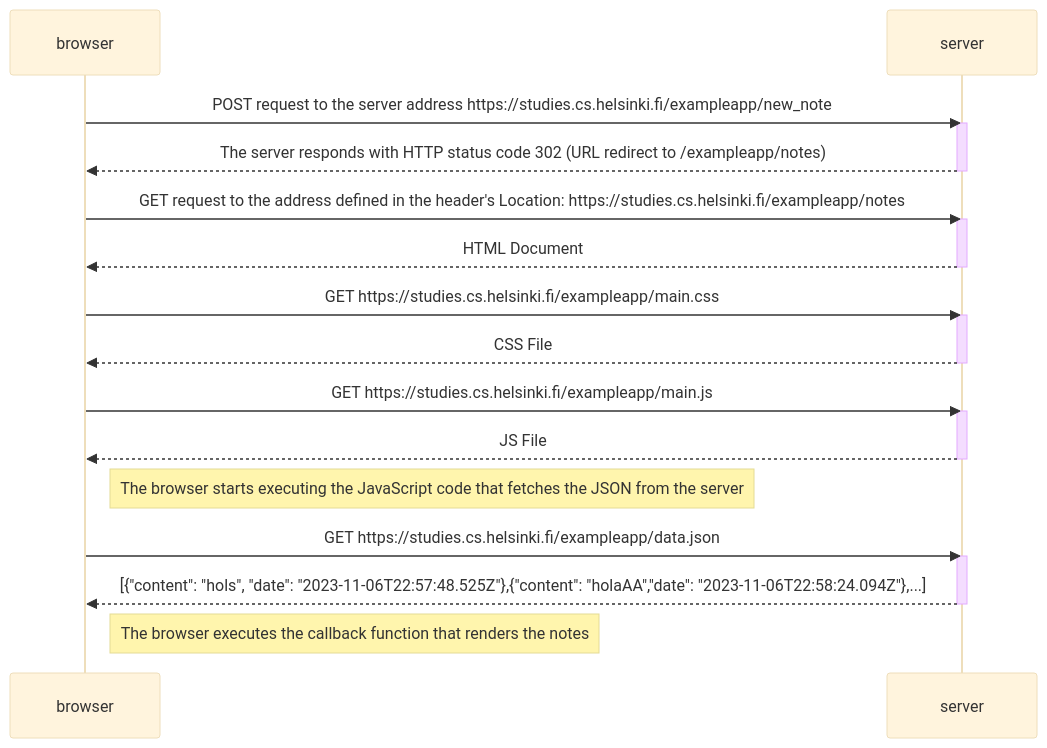
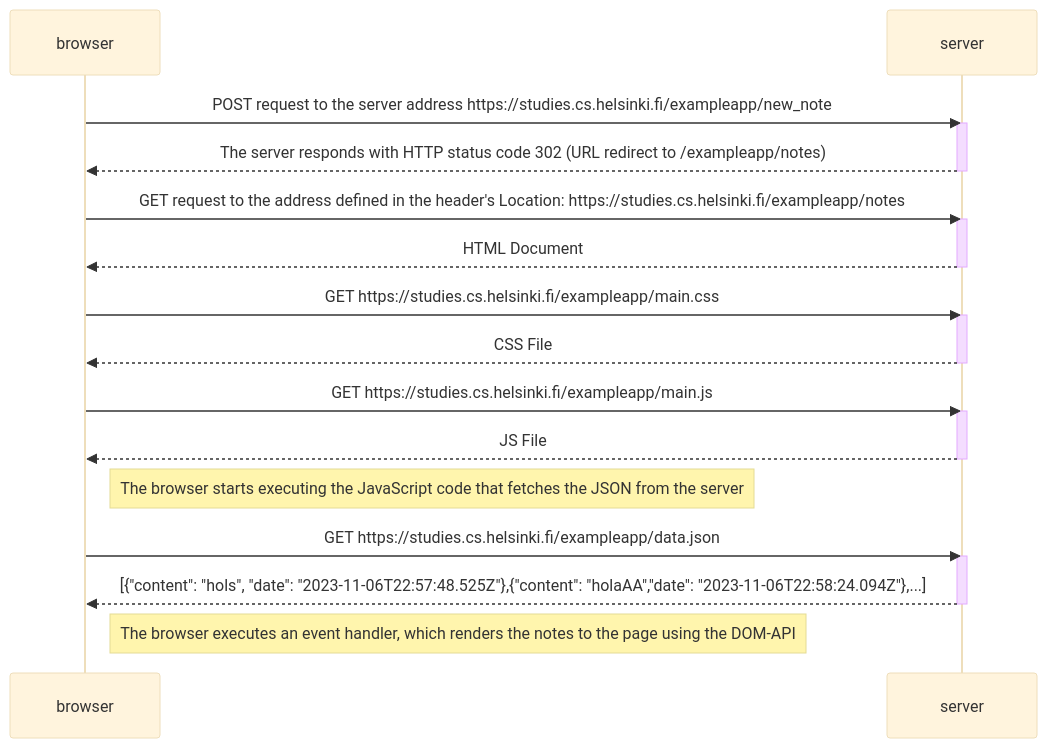
The diagram in part0/0.4 New note diagram.md (Rizz071/Fullstackopen), drawn with Mermaid (base theme) before and after one commit.

Commit message:
Update 0.4 New note diagram.md

````diff
--- a/part0/0.4 New note diagram.md
+++ b/part0/0.4 New note diagram.md
@@ -1,33 +1,33 @@
 ```mermaid
 sequenceDiagram
     participant browser
     participant server
 
     browser->>server: POST request to the server address https://studies.cs.helsinki.fi/exampleapp/new_note
     activate server
     server-->>browser: The server responds with HTTP status code 302 (URL redirect to /exampleapp/notes)
     deactivate server
 
     browser->>server: GET request to the address defined in the header's Location: https://studies.cs.helsinki.fi/exampleapp/notes
     activate server
     server-->>browser: HTML Document
     deactivate server
 
     browser->>server: GET https://studies.cs.helsinki.fi/exampleapp/main.css
     activate server
     server-->>browser: CSS File
     deactivate server
 
     browser->>server: GET https://studies.cs.helsinki.fi/exampleapp/main.js
     activate server
     server-->>browser: JS File
     deactivate server
 
 
     Note right of browser: The browser starts executing the JavaScript code that fetches the JSON from the server
     browser->>server: GET https://studies.cs.helsinki.fi/exampleapp/data.json
     activate server
     server-->>browser: [{"content": "hols", "date": "2023-11-06T22:57:48.525Z"},{"content": "holaAA","date": "2023-11-06T22:58:24.094Z"},...]
     deactivate server
-    Note right of browser: The browser executes the callback function that renders the notes
+    Note right of browser: The browser executes an event handler, which renders the notes to the page using the DOM-API
 ```
````
